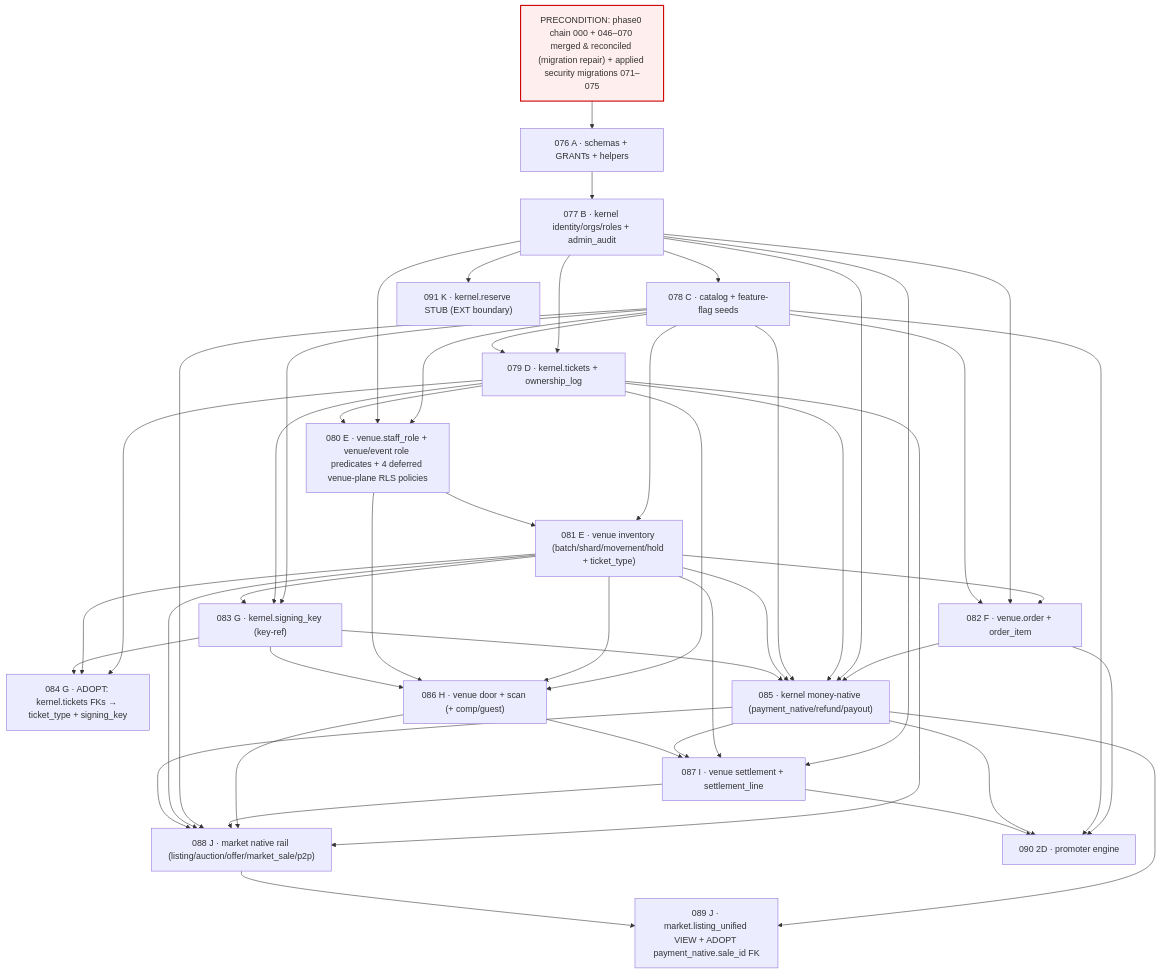
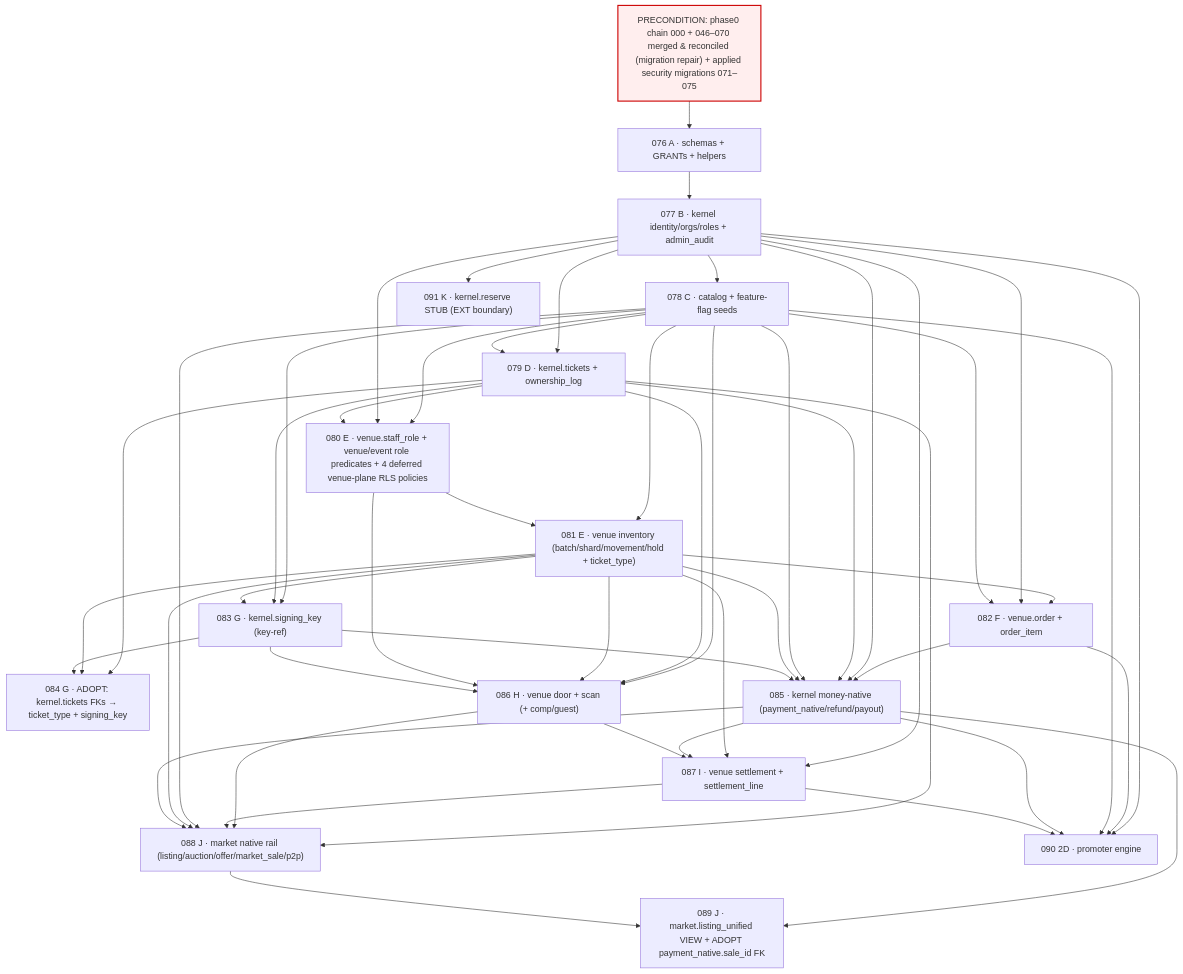
Before and after one commit to SnatchIt-app/snatchit: the diagram in docs/architecture/PHASE_2_SUPABASE_MIGRATION_PLAN.md, drawn with Mermaid. The commit also changed other lines of this file and 4 other files, not shown here.

````diff
--- a/docs/architecture/PHASE_2_SUPABASE_MIGRATION_PLAN.md
+++ b/docs/architecture/PHASE_2_SUPABASE_MIGRATION_PLAN.md
@@ -305,67 +305,69 @@
 ```mermaid
 graph TD
     P0["PRECONDITION: phase0 chain 000 + 046–070 merged & reconciled (migration repair) + applied security migrations 071–075"]:::pre
 
     A076["076 A · schemas + GRANTs + helpers"]
     B077["077 B · kernel identity/orgs/roles + admin_audit"]
     C078["078 C · catalog + feature-flag seeds"]
     D079["079 D · kernel.tickets + ownership_log"]
     E080["080 E · venue.staff_role + venue/event role predicates + 4 deferred venue-plane RLS policies"]
     E081["081 E · venue inventory (batch/shard/movement/hold + ticket_type)"]
     F082["082 F · venue.order + order_item"]
     G083["083 G · kernel.signing_key (key-ref)"]
     G084["084 G · ADOPT: kernel.tickets FKs → ticket_type + signing_key"]
     M085["085 · kernel money-native (payment_native/refund/payout)"]
     H086["086 H · venue door + scan (+ comp/guest)"]
     I087["087 I · venue settlement + settlement_line"]
     J088["088 J · market native rail (listing/auction/offer/market_sale/p2p)"]
     J089["089 J · market.listing_unified VIEW + ADOPT payment_native.sale_id FK"]
     D090["090 2D · promoter engine"]
     K091["091 K · kernel.reserve STUB (EXT boundary)"]
 
     P0 --> A076 --> B077 --> C078
     B077 --> D079
     C078 --> D079
     C078 --> E080
     B077 --> E080
     D079 --> E080
     C078 --> E081
     E080 --> E081
     E081 --> F082
     B077 --> F082
     C078 --> F082
     C078 --> G083
     D079 --> G083
     E081 --> G083
     D079 --> G084
     E081 --> G084
     G083 --> G084
     F082 --> M085
     B077 --> M085
     D079 --> M085
     C078 --> M085
     E081 --> M085
     G083 --> M085
+    C078 --> H086
     D079 --> H086
     E081 --> H086
     E080 --> H086
     G083 --> H086
     B077 --> I087
     E081 --> I087
     M085 --> I087
     H086 --> I087
     D079 --> J088
     H086 --> J088
     I087 --> J088
     C078 --> J088
     E081 --> J088
     M085 --> J088
     M085 --> J089
     J088 --> J089
+    B077 --> D090
     F082 --> D090
     C078 --> D090
     M085 --> D090
     I087 --> D090
     B077 --> K091
     classDef pre fill:#fee,stroke:#c00,stroke-width:2px;
 ```
````
